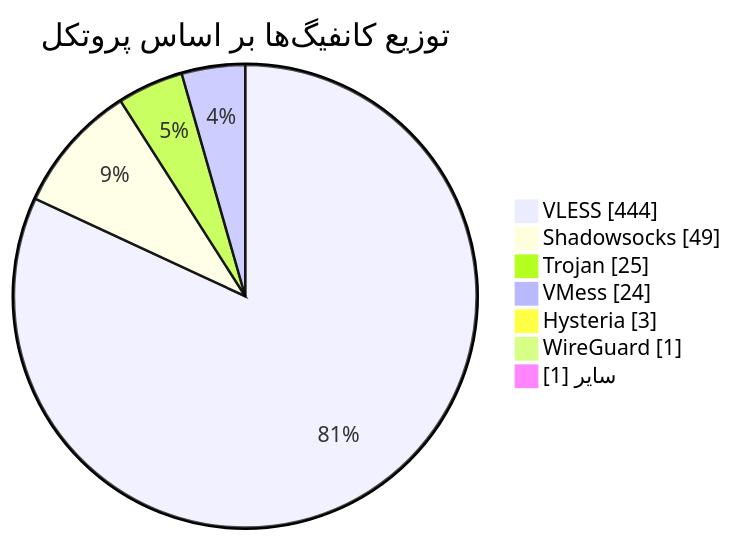
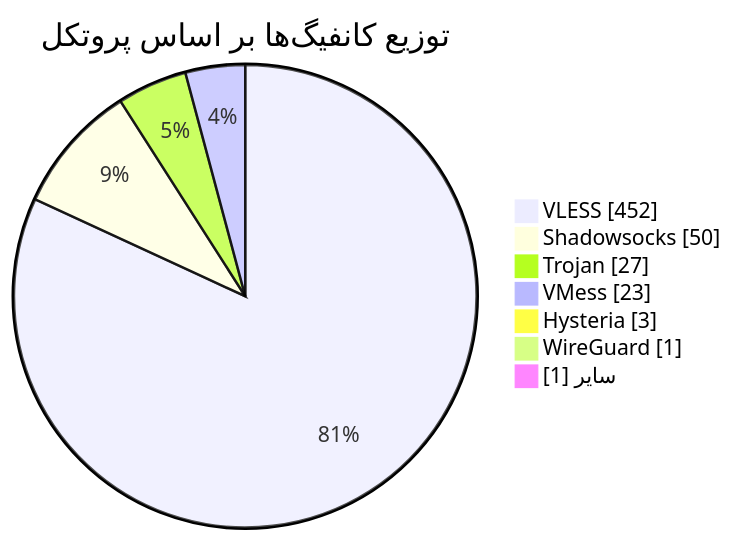
Before and after one commit to Arian-Alijani/Somthing: the diagram in README.md, drawn with Mermaid. The commit also changed other lines of this file and 71 other files, not shown here.

````diff
--- a/README.md
+++ b/README.md
@@ -49,11 +49,11 @@
 ```mermaid
 pie showData
     title توزیع کانفیگ‌ها بر اساس پروتکل
-    "VLESS" : 444
-    "Shadowsocks" : 49
-    "Trojan" : 25
-    "VMess" : 24
+    "VLESS" : 452
+    "Shadowsocks" : 50
+    "Trojan" : 27
+    "VMess" : 23
     "Hysteria" : 3
     "WireGuard" : 1
     "سایر" : 1
 ```
````
